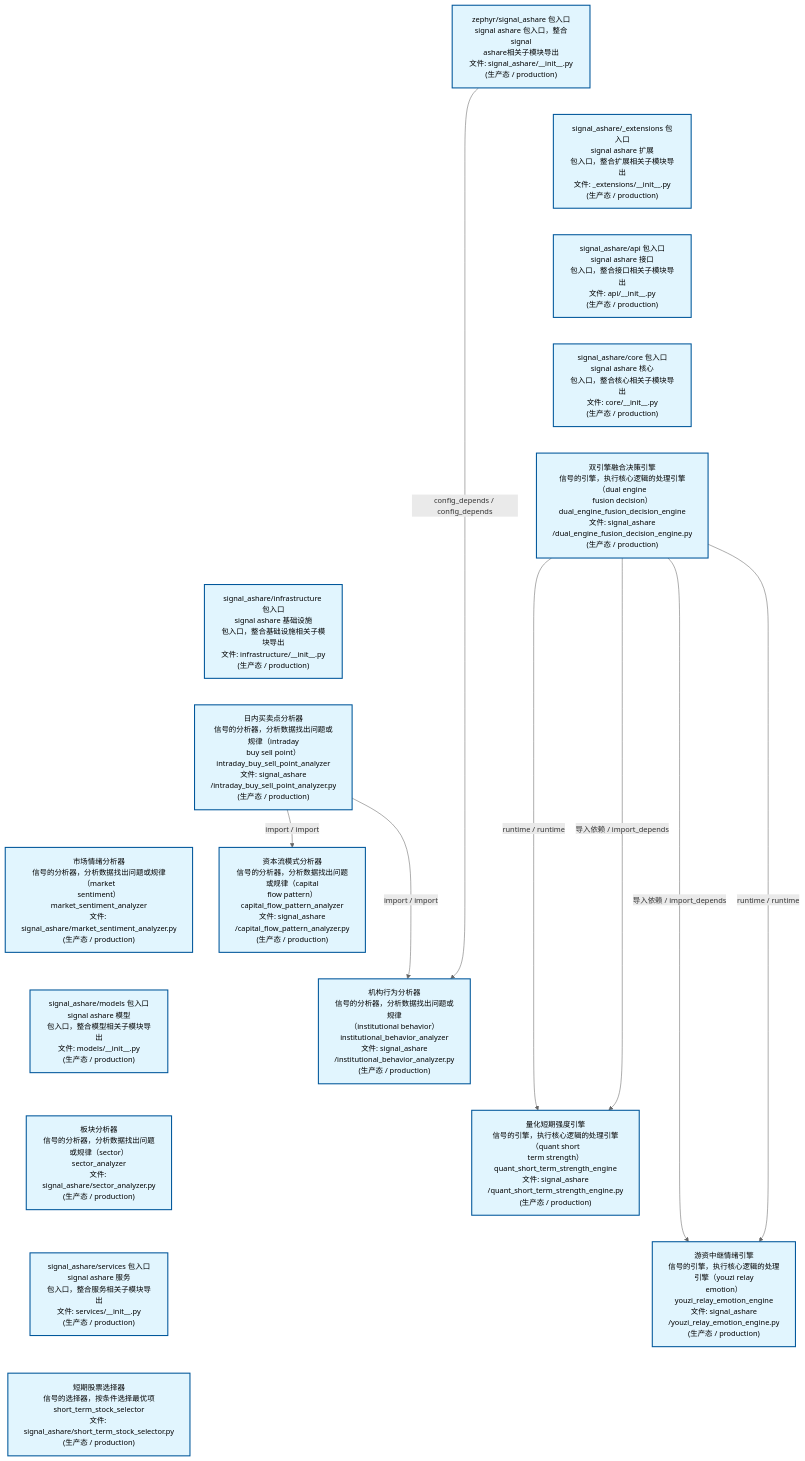
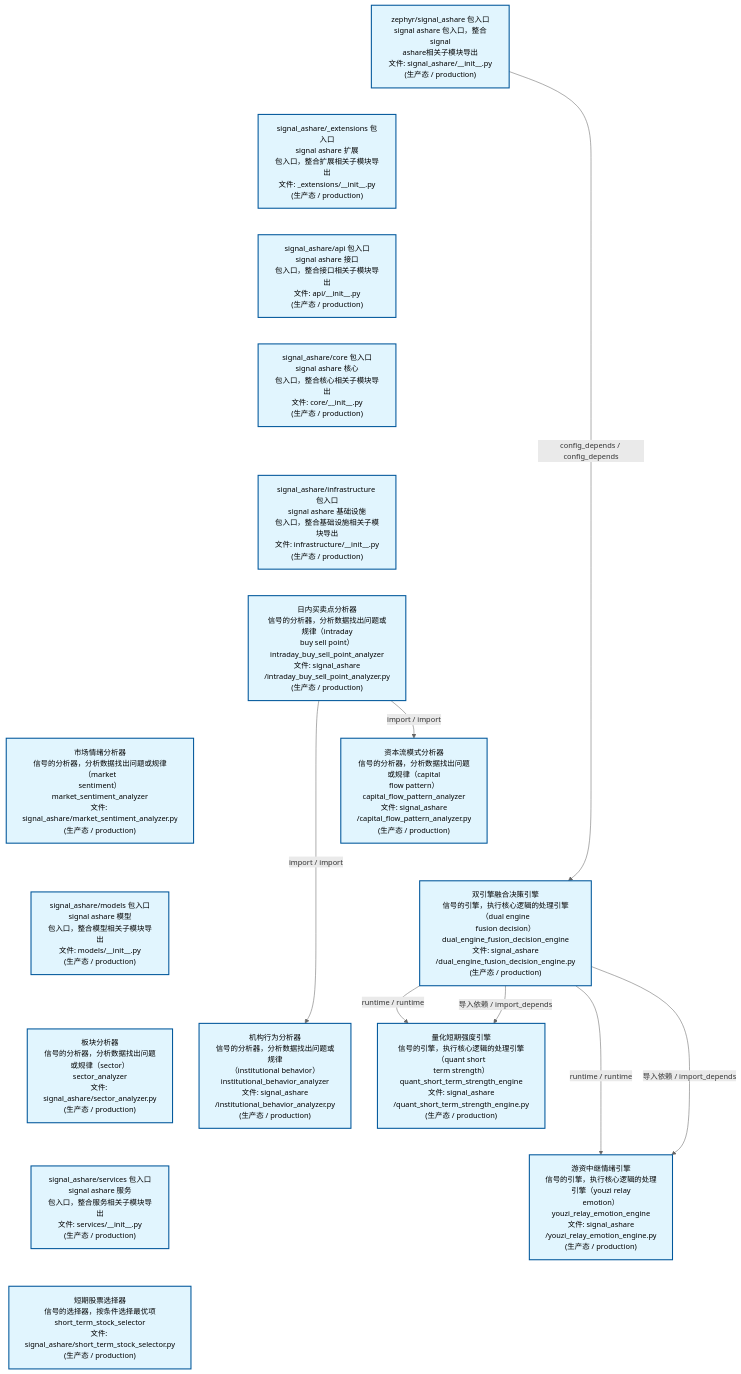
Before and after one commit to xuanFelixVan/ZephyrAlpha: the second of 4 diagrams in docs/02_enterprise_architecture/02_domain_architecture_docs/32_d_ashare_signal.md, drawn with Mermaid. The commit also changed other lines of this file and 44 other files, not shown here.

````diff
--- a/docs/02_enterprise_architecture/02_domain_architecture_docs/32_d_ashare_signal.md
+++ b/docs/02_enterprise_architecture/02_domain_architecture_docs/32_d_ashare_signal.md
@@ -163,46 +163,45 @@
 ```mermaid
 %%{init: {'theme': 'base', 'themeVariables': {'primaryColor': '#eaeaea', 'primaryTextColor': '#333333', 'primaryBorderColor': '#666666', 'lineColor': '#666666', 'secondaryColor': '#eaeaea', 'tertiaryColor': '#eaeaea', 'fontSize': '14px'}}}%%
 flowchart TD
     src_zephyr_signal_ashare_init_py["zephyr/signal_ashare 包入口<br/>signal ashare 包入口，整合signal<br/>ashare相关子模块导出<br/>文件: signal_ashare/__init__.py<br/>(生产态 / production)"]
     src_zephyr_signal_ashare_extensions_init_py["signal_ashare/_extensions 包入口<br/>signal ashare 扩展<br/>包入口，整合扩展相关子模块导出<br/>文件: _extensions/__init__.py<br/>(生产态 / production)"]
     src_zephyr_signal_ashare_api_init_py["signal_ashare/api 包入口<br/>signal ashare 接口<br/>包入口，整合接口相关子模块导出<br/>文件: api/__init__.py<br/>(生产态 / production)"]
     src_zephyr_signal_ashare_core_init_py["signal_ashare/core 包入口<br/>signal ashare 核心<br/>包入口，整合核心相关子模块导出<br/>文件: core/__init__.py<br/>(生产态 / production)"]
-    src_zephyr_signal_ashare_dual_engine_fusion_decision_engine_py["双引擎融合决策引擎<br/>信号的引擎，执行核心逻辑的处理引擎（dual engine<br/>fusion decision）<br/>dual_engine_fusion_decision_engine<br/>文件: signal_ashare<br/>/dual_engine_fusion_decision_engine.py<br/>(生产态 / production)"]
     src_zephyr_signal_ashare_infrastructure_init_py["signal_ashare/infrastructure 包入口<br/>signal ashare 基础设施<br/>包入口，整合基础设施相关子模块导出<br/>文件: infrastructure/__init__.py<br/>(生产态 / production)"]
     src_zephyr_signal_ashare_intraday_buy_sell_point_analyzer_py["日内买卖点分析器<br/>信号的分析器，分析数据找出问题或规律（intraday<br/>buy sell point）<br/>intraday_buy_sell_point_analyzer<br/>文件: signal_ashare<br/>/intraday_buy_sell_point_analyzer.py<br/>(生产态 / production)"]
     src_zephyr_signal_ashare_market_sentiment_analyzer_py["市场情绪分析器<br/>信号的分析器，分析数据找出问题或规律（market<br/>sentiment）<br/>market_sentiment_analyzer<br/>文件: signal_ashare/market_sentiment_analyzer.py<br/>(生产态 / production)"]
     src_zephyr_signal_ashare_models_init_py["signal_ashare/models 包入口<br/>signal ashare 模型<br/>包入口，整合模型相关子模块导出<br/>文件: models/__init__.py<br/>(生产态 / production)"]
     src_zephyr_signal_ashare_sector_analyzer_py["板块分析器<br/>信号的分析器，分析数据找出问题或规律（sector）<br/>sector_analyzer<br/>文件: signal_ashare/sector_analyzer.py<br/>(生产态 / production)"]
     src_zephyr_signal_ashare_services_init_py["signal_ashare/services 包入口<br/>signal ashare 服务<br/>包入口，整合服务相关子模块导出<br/>文件: services/__init__.py<br/>(生产态 / production)"]
     src_zephyr_signal_ashare_short_term_stock_selector_py["短期股票选择器<br/>信号的选择器，按条件选择最优项<br/>short_term_stock_selector<br/>文件: signal_ashare/short_term_stock_selector.py<br/>(生产态 / production)"]
     src_zephyr_signal_ashare_init_py ~~~ src_zephyr_signal_ashare_extensions_init_py
     src_zephyr_signal_ashare_extensions_init_py ~~~ src_zephyr_signal_ashare_api_init_py
     src_zephyr_signal_ashare_api_init_py ~~~ src_zephyr_signal_ashare_core_init_py
-    src_zephyr_signal_ashare_core_init_py ~~~ src_zephyr_signal_ashare_dual_engine_fusion_decision_engine_py
-    src_zephyr_signal_ashare_dual_engine_fusion_decision_engine_py ~~~ src_zephyr_signal_ashare_infrastructure_init_py
+    src_zephyr_signal_ashare_core_init_py ~~~ src_zephyr_signal_ashare_infrastructure_init_py
     src_zephyr_signal_ashare_infrastructure_init_py ~~~ src_zephyr_signal_ashare_intraday_buy_sell_point_analyzer_py
     src_zephyr_signal_ashare_intraday_buy_sell_point_analyzer_py ~~~ src_zephyr_signal_ashare_market_sentiment_analyzer_py
     src_zephyr_signal_ashare_market_sentiment_analyzer_py ~~~ src_zephyr_signal_ashare_models_init_py
     src_zephyr_signal_ashare_models_init_py ~~~ src_zephyr_signal_ashare_sector_analyzer_py
     src_zephyr_signal_ashare_sector_analyzer_py ~~~ src_zephyr_signal_ashare_services_init_py
     src_zephyr_signal_ashare_services_init_py ~~~ src_zephyr_signal_ashare_short_term_stock_selector_py
     src_zephyr_signal_ashare_capital_flow_pattern_analyzer_py["资本流模式分析器<br/>信号的分析器，分析数据找出问题或规律（capital<br/>flow pattern）<br/>capital_flow_pattern_analyzer<br/>文件: signal_ashare<br/>/capital_flow_pattern_analyzer.py<br/>(生产态 / production)"]
+    src_zephyr_signal_ashare_dual_engine_fusion_decision_engine_py["双引擎融合决策引擎<br/>信号的引擎，执行核心逻辑的处理引擎（dual engine<br/>fusion decision）<br/>dual_engine_fusion_decision_engine<br/>文件: signal_ashare<br/>/dual_engine_fusion_decision_engine.py<br/>(生产态 / production)"]
     src_zephyr_signal_ashare_institutional_behavior_analyzer_py["机构行为分析器<br/>信号的分析器，分析数据找出问题或规律<br/>（institutional behavior）<br/>institutional_behavior_analyzer<br/>文件: signal_ashare<br/>/institutional_behavior_analyzer.py<br/>(生产态 / production)"]
+    src_zephyr_signal_ashare_capital_flow_pattern_analyzer_py ~~~ src_zephyr_signal_ashare_dual_engine_fusion_decision_engine_py
+    src_zephyr_signal_ashare_dual_engine_fusion_decision_engine_py ~~~ src_zephyr_signal_ashare_institutional_behavior_analyzer_py
     src_zephyr_signal_ashare_quant_short_term_strength_engine_py["量化短期强度引擎<br/>信号的引擎，执行核心逻辑的处理引擎（quant short<br/>term strength）<br/>quant_short_term_strength_engine<br/>文件: signal_ashare<br/>/quant_short_term_strength_engine.py<br/>(生产态 / production)"]
     src_zephyr_signal_ashare_youzi_relay_emotion_engine_py["游资中继情绪引擎<br/>信号的引擎，执行核心逻辑的处理引擎（youzi relay<br/>emotion）<br/>youzi_relay_emotion_engine<br/>文件: signal_ashare<br/>/youzi_relay_emotion_engine.py<br/>(生产态 / production)"]
-    src_zephyr_signal_ashare_capital_flow_pattern_analyzer_py ~~~ src_zephyr_signal_ashare_institutional_behavior_analyzer_py
-    src_zephyr_signal_ashare_institutional_behavior_analyzer_py ~~~ src_zephyr_signal_ashare_quant_short_term_strength_engine_py
     src_zephyr_signal_ashare_quant_short_term_strength_engine_py ~~~ src_zephyr_signal_ashare_youzi_relay_emotion_engine_py
+    src_zephyr_signal_ashare_dual_engine_fusion_decision_engine_py -->|runtime / runtime| src_zephyr_signal_ashare_youzi_relay_emotion_engine_py
     src_zephyr_signal_ashare_dual_engine_fusion_decision_engine_py -->|导入依赖 / import_depends| src_zephyr_signal_ashare_youzi_relay_emotion_engine_py
-    src_zephyr_signal_ashare_dual_engine_fusion_decision_engine_py -->|runtime / runtime| src_zephyr_signal_ashare_youzi_relay_emotion_engine_py
     src_zephyr_signal_ashare_dual_engine_fusion_decision_engine_py -->|runtime / runtime| src_zephyr_signal_ashare_quant_short_term_strength_engine_py
     src_zephyr_signal_ashare_dual_engine_fusion_decision_engine_py -->|导入依赖 / import_depends| src_zephyr_signal_ashare_quant_short_term_strength_engine_py
+    src_zephyr_signal_ashare_init_py -->|config_depends / config_depends| src_zephyr_signal_ashare_dual_engine_fusion_decision_engine_py
+    src_zephyr_signal_ashare_intraday_buy_sell_point_analyzer_py -->|import / import| src_zephyr_signal_ashare_capital_flow_pattern_analyzer_py
     src_zephyr_signal_ashare_intraday_buy_sell_point_analyzer_py -->|import / import| src_zephyr_signal_ashare_institutional_behavior_analyzer_py
-    src_zephyr_signal_ashare_intraday_buy_sell_point_analyzer_py -->|import / import| src_zephyr_signal_ashare_capital_flow_pattern_analyzer_py
-    src_zephyr_signal_ashare_init_py -->|config_depends / config_depends| src_zephyr_signal_ashare_institutional_behavior_analyzer_py
     classDef production fill:#e1f5fe,stroke:#01579b,stroke-width:2px,color:#000
     classDef design fill:#fff3e0,stroke:#e65100,stroke-width:2px,color:#000,stroke-dasharray: 5 5
     classDef external_prod fill:#e8f4fd,stroke:#0277bd,stroke-width:1px,color:#000
     classDef external_design fill:#fff8e7,stroke:#ef6c00,stroke-width:1px,color:#000,stroke-dasharray: 5 5
     class src_zephyr_signal_ashare_init_py,src_zephyr_signal_ashare_extensions_init_py,src_zephyr_signal_ashare_api_init_py,src_zephyr_signal_ashare_capital_flow_pattern_analyzer_py,src_zephyr_signal_ashare_core_init_py,src_zephyr_signal_ashare_dual_engine_fusion_decision_engine_py,src_zephyr_signal_ashare_infrastructure_init_py,src_zephyr_signal_ashare_institutional_behavior_analyzer_py,src_zephyr_signal_ashare_intraday_buy_sell_point_analyzer_py,src_zephyr_signal_ashare_market_sentiment_analyzer_py,src_zephyr_signal_ashare_models_init_py,src_zephyr_signal_ashare_quant_short_term_strength_engine_py,src_zephyr_signal_ashare_sector_analyzer_py,src_zephyr_signal_ashare_services_init_py,src_zephyr_signal_ashare_short_term_stock_selector_py,src_zephyr_signal_ashare_youzi_relay_emotion_engine_py production
 ```
````
